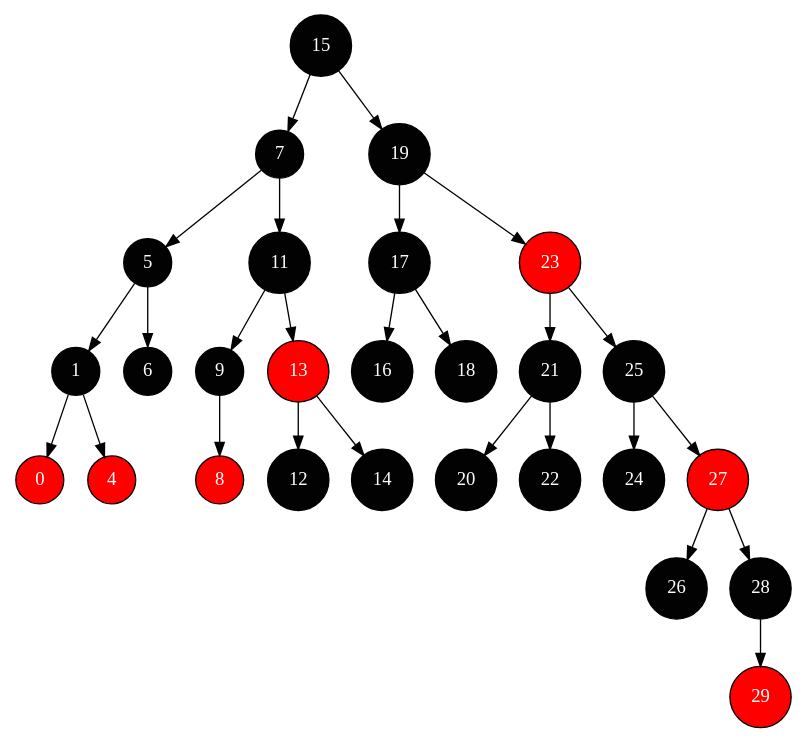
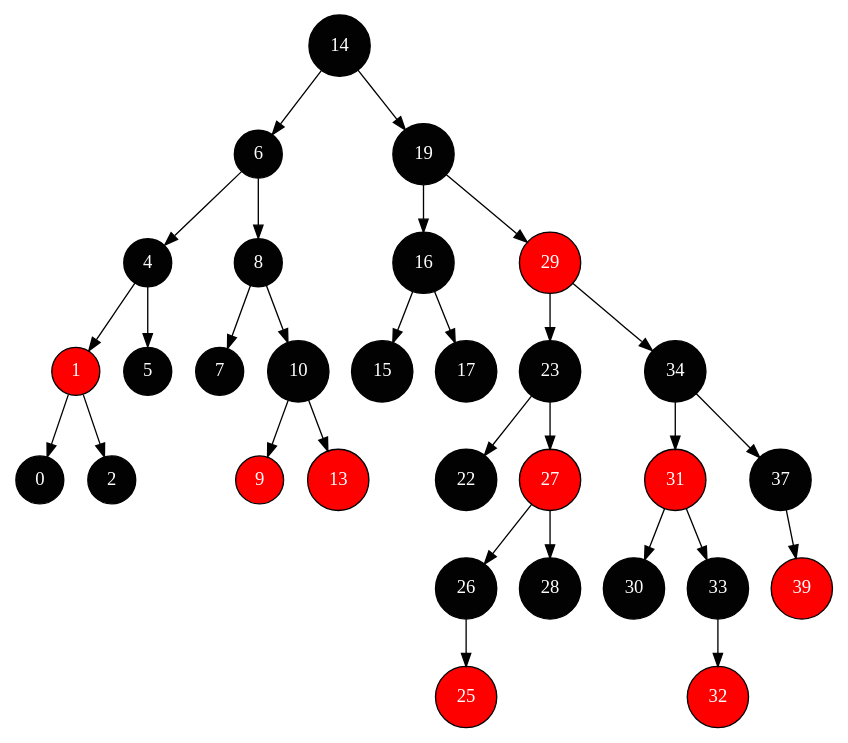
Before and after one commit to okudahi/masstree: the diagram in RBTshow.dot, drawn with Graphviz. The commit also changed 10 other files, not shown here.

```diff
--- a/RBTshow.dot
+++ b/RBTshow.dot
@@ -1,42 +1,47 @@
 digraph test {
     node[
     shape = circle,              //ノードの形を指定する
     style = "solid,filled"    //ノードの枠線のスタイルと塗つぶしの指定
     fillcolor = "#020202",    //ノードを塗りつぶす色
     fontcolor = "#ffffff"         //ノードラベルフォントカラー
     ];
 
-15 -> 7;
-15 -> 19;
-7 -> 5;
-7 -> 11;
-5 -> 1;
-5 -> 6;
+14 -> 6;
+14 -> 19;
+6 -> 4;
+6 -> 8;
+4 -> 1;
+1[fillcolor = "#FF0000"];
+4 -> 5;
 1 -> 0;
-0[fillcolor = "#FF0000"];
-1 -> 4;
-4[fillcolor = "#FF0000"];
-11 -> 9;
-11 -> 13;
+1 -> 2;
+8 -> 7;
+8 -> 10;
+10 -> 9;
+9[fillcolor = "#FF0000"];
+10 -> 13;
 13[fillcolor = "#FF0000"];
-9 -> 8;
-8[fillcolor = "#FF0000"];
-13 -> 12;
-13 -> 14;
-19 -> 17;
-19 -> 23;
-23[fillcolor = "#FF0000"];
-17 -> 16;
-17 -> 18;
-23 -> 21;
-23 -> 25;
-21 -> 20;
-21 -> 22;
-25 -> 24;
-25 -> 27;
+19 -> 16;
+19 -> 29;
+29[fillcolor = "#FF0000"];
+16 -> 15;
+16 -> 17;
+29 -> 23;
+29 -> 34;
+23 -> 22;
+23 -> 27;
 27[fillcolor = "#FF0000"];
 27 -> 26;
 27 -> 28;
-28 -> 29;
-29[fillcolor = "#FF0000"];
+26 -> 25;
+25[fillcolor = "#FF0000"];
+34 -> 31;
+31[fillcolor = "#FF0000"];
+34 -> 37;
+31 -> 30;
+31 -> 33;
+33 -> 32;
+32[fillcolor = "#FF0000"];
+37 -> 39;
+39[fillcolor = "#FF0000"];
 }
```
